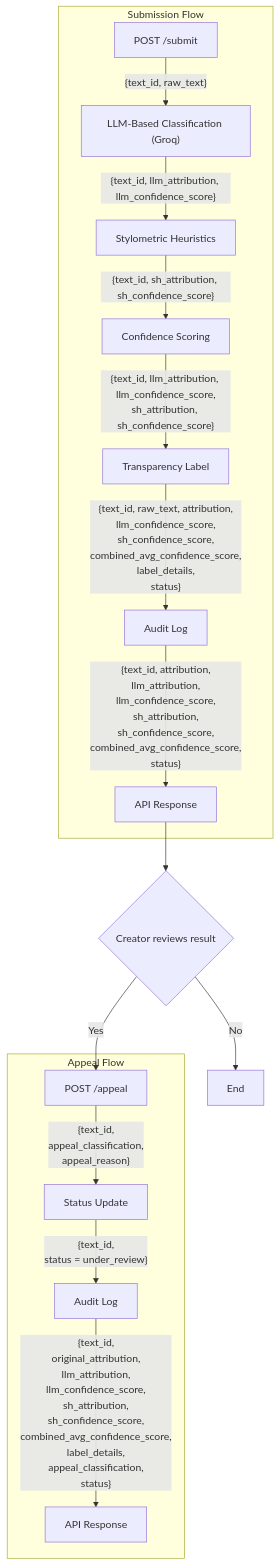
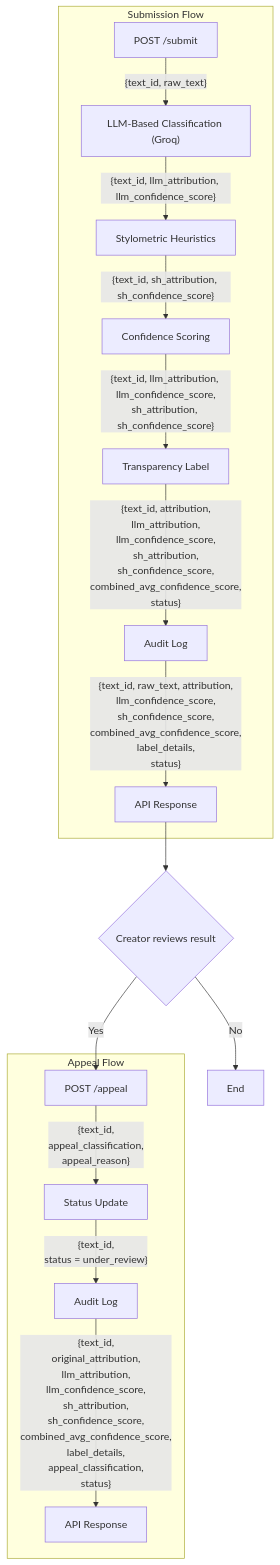
One commit to CHUAIXU9804/ai201-project4-provenance-guard changed the diagram in planning.md. Above: the diagram before and after it, drawn with Mermaid. The commit also changed 1 other file, not shown here.

Commit message:
Add spec details onto planning.md

````diff
--- a/planning.md
+++ b/planning.md
@@ -20,71 +20,71 @@
 ```mermaid
 flowchart TD
 
 subgraph Submission_Flow["Submission Flow"]
 
 A["POST /submit"]
 
 B["LLM-Based Classification (Groq)"]
 
 C["Stylometric Heuristics"]
 
 D["Confidence Scoring"]
 
 E["Transparency Label"]
 
 F["Audit Log"]
 
 G["API Response"]
 
 A -->|"{text_id, raw_text}"| B
 B -->|"{text_id, llm_attribution, llm_confidence_score}"| C
 C -->|"{text_id, sh_attribution, sh_confidence_score}"| D
 
 D -->|"{text_id, llm_attribution, llm_confidence_score,
 sh_attribution, sh_confidence_score}"| E
 
-E -->|"{text_id, raw_text, attribution,
-llm_confidence_score,
-sh_confidence_score,
-combined_avg_confidence_score,
-label_details,
-status}"| F
-
-F -->|"{text_id, attribution,
+E -->|"{text_id, attribution,
 llm_attribution,
 llm_confidence_score,
 sh_attribution,
 sh_confidence_score,
 combined_avg_confidence_score,
+status}"| F
+
+F -->|"{text_id, raw_text, attribution,
+llm_confidence_score,
+sh_confidence_score,
+combined_avg_confidence_score,
+label_details,
 status}"| G
 
 end
 
 G --> H{"Creator reviews result"}
 
 H -->|No| I["End"]
 
 H -->|Yes| J["POST /appeal"]
 
 subgraph Appeal_Flow["Appeal Flow"]
 
 J -->|"{text_id,
 appeal_classification,
 appeal_reason}"| K["Status Update"]
 
 K -->|"{text_id,
 status = under_review}"| L["Audit Log"]
 
 L -->|"{text_id,
 original_attribution,
 llm_attribution,
 llm_confidence_score,
 sh_attribution,
 sh_confidence_score,
 combined_avg_confidence_score,
 label_details,
 appeal_classification,
 status}"| M["API Response"]
 
 end
 ```
````
